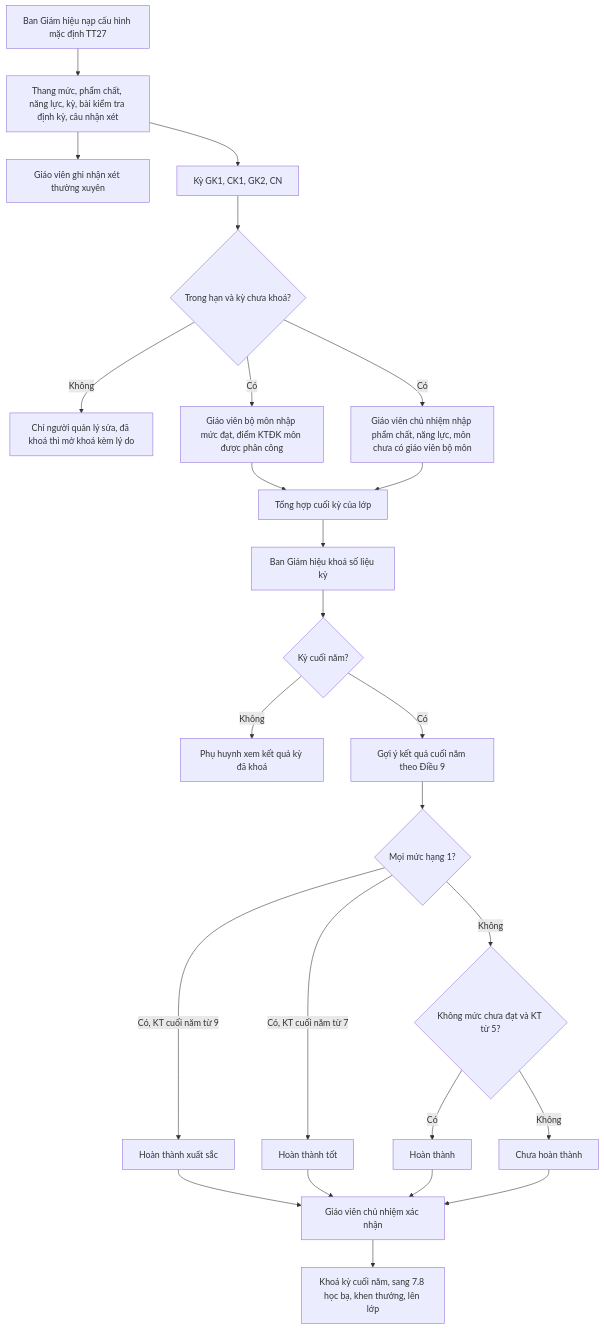
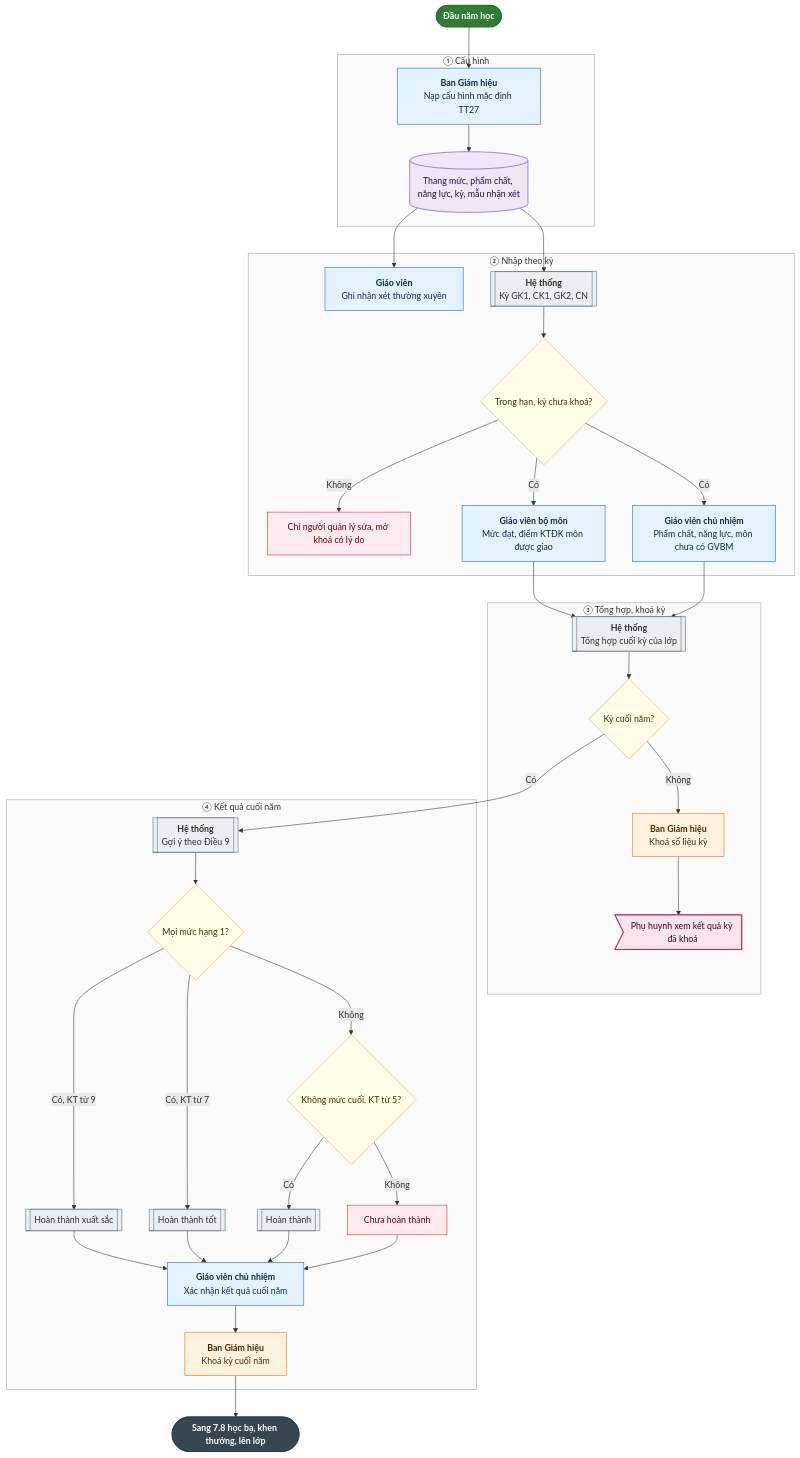
The seventh of 17 diagrams in tai_lieu/34_TONG_HOP_CHUC_NANG_HE_THONG/03_DAY_HOC_VA_KIEM_TRA_DANH_GIA.md (luckyshopvn/school_management), drawn with Mermaid before and after one commit. The commit also changed other lines of this file and 8 other files, not shown here.

````diff
--- a/tai_lieu/34_TONG_HOP_CHUC_NANG_HE_THONG/03_DAY_HOC_VA_KIEM_TRA_DANH_GIA.md
+++ b/tai_lieu/34_TONG_HOP_CHUC_NANG_HE_THONG/03_DAY_HOC_VA_KIEM_TRA_DANH_GIA.md
@@ -441,27 +579,80 @@
 ```mermaid
 flowchart TD
-    A["Ban Giám hiệu nạp cấu hình mặc định TT27"] --> B["Thang mức, phẩm chất, năng lực, kỳ, bài kiểm tra định kỳ, câu nhận xét"]
-    B --> C["Giáo viên ghi nhận xét thường xuyên"]
-    B --> D["Kỳ GK1, CK1, GK2, CN"]
-    D --> E{"Trong hạn và kỳ chưa khoá?"}
-    E -->|"Không"| F["Chỉ người quản lý sửa, đã khoá thì mở khoá kèm lý do"]
-    E -->|"Có"| G["Giáo viên bộ môn nhập mức đạt, điểm KTĐK môn được phân công"]
-    E -->|"Có"| H["Giáo viên chủ nhiệm nhập phẩm chất, năng lực, môn chưa có giáo viên bộ môn"]
-    G --> I["Tổng hợp cuối kỳ của lớp"]
-    H --> I
-    I --> J["Ban Giám hiệu khoá số liệu kỳ"]
-    J --> K{"Kỳ cuối năm?"}
-    K -->|"Không"| L["Phụ huynh xem kết quả kỳ đã khoá"]
-    K -->|"Có"| M["Gợi ý kết quả cuối năm theo Điều 9"]
-    M --> N{"Mọi mức hạng 1?"}
-    N -->|"Có, KT cuối năm từ 9"| O["Hoàn thành xuất sắc"]
-    N -->|"Có, KT cuối năm từ 7"| P["Hoàn thành tốt"]
-    N -->|"Không"| Q{"Không mức chưa đạt và KT từ 5?"}
-    Q -->|"Có"| R["Hoàn thành"]
-    Q -->|"Không"| S["Chưa hoàn thành"]
-    O --> T["Giáo viên chủ nhiệm xác nhận"]
-    P --> T
-    R --> T
-    S --> T
-    T --> U["Khoá kỳ cuối năm, sang 7.8 học bạ, khen thưởng, lên lớp"]
+  classDef batdau fill:#2e7d32,stroke:#1b5e20,color:#ffffff,font-weight:bold
+  classDef ketthuc fill:#37474f,stroke:#263238,color:#ffffff,font-weight:bold
+  classDef nguoi fill:#e3f2fd,stroke:#1565c0,color:#0d2a4a
+  classDef heth fill:#eceff1,stroke:#546e7a,color:#263238
+  classDef duyet fill:#fff3e0,stroke:#ef6c00,color:#4e2600
+  classDef hoi fill:#fffde7,stroke:#f9a825,color:#3e2f00
+  classDef bao fill:#fce4ec,stroke:#ad1457,color:#4a0020
+  classDef chan fill:#ffebee,stroke:#c62828,color:#5f0000
+  classDef dulieu fill:#ede7f6,stroke:#5e35b1,color:#1f0f4d
+
+  S(["Đầu năm học"]):::batdau
+
+  subgraph P1["① Cấu hình"]
+    A1["<b>Ban Giám hiệu</b><br/>Nạp cấu hình mặc định TT27"]:::nguoi
+    A2[("Thang mức, phẩm chất, năng lực, kỳ, mẫu nhận xét")]:::dulieu
+    A1 --> A2
+  end
+
+  subgraph P2["② Nhập theo kỳ"]
+    B0["<b>Giáo viên</b><br/>Ghi nhận xét thường xuyên"]:::nguoi
+    B1[["<b>Hệ thống</b><br/>Kỳ GK1, CK1, GK2, CN"]]:::heth
+    B2{"Trong hạn, kỳ chưa khoá?"}:::hoi
+    B3["Chỉ người quản lý sửa, mở khoá có lý do"]:::chan
+    B4["<b>Giáo viên bộ môn</b><br/>Mức đạt, điểm KTĐK môn được giao"]:::nguoi
+    B5["<b>Giáo viên chủ nhiệm</b><br/>Phẩm chất, năng lực, môn chưa có GVBM"]:::nguoi
+    B1 --> B2
+    B2 -->|"Không"| B3
+    B2 -->|"Có"| B4
+    B2 -->|"Có"| B5
+  end
+
+  subgraph P3["③ Tổng hợp, khoá kỳ"]
+    C1[["<b>Hệ thống</b><br/>Tổng hợp cuối kỳ của lớp"]]:::heth
+    C2{"Kỳ cuối năm?"}:::hoi
+    C3["<b>Ban Giám hiệu</b><br/>Khoá số liệu kỳ"]:::duyet
+    C4>"Phụ huynh xem kết quả kỳ đã khoá"]:::bao
+    C1 --> C2
+    C2 -->|"Không"| C3 --> C4
+  end
+
+  subgraph P4["④ Kết quả cuối năm"]
+    D1[["<b>Hệ thống</b><br/>Gợi ý theo Điều 9"]]:::heth
+    D2{"Mọi mức hạng 1?"}:::hoi
+    D3{"Không mức cuối, KT từ 5?"}:::hoi
+    R1[["Hoàn thành xuất sắc"]]:::heth
+    R2[["Hoàn thành tốt"]]:::heth
+    R3[["Hoàn thành"]]:::heth
+    R4["Chưa hoàn thành"]:::chan
+    D4["<b>Giáo viên chủ nhiệm</b><br/>Xác nhận kết quả cuối năm"]:::nguoi
+    D5["<b>Ban Giám hiệu</b><br/>Khoá kỳ cuối năm"]:::duyet
+    D1 --> D2
+    D2 -->|"Có, KT từ 9"| R1
+    D2 -->|"Có, KT từ 7"| R2
+    D2 -->|"Không"| D3
+    D3 -->|"Có"| R3
+    D3 -->|"Không"| R4
+    R1 --> D4
+    R2 --> D4
+    R3 --> D4
+    R4 --> D4
+    D4 --> D5
+  end
+
+  K(["Sang 7.8 học bạ, khen thưởng, lên lớp"]):::ketthuc
+
+  S --> A1
+  A2 --> B0
+  A2 --> B1
+  B4 --> C1
+  B5 --> C1
+  C2 -->|"Có"| D1
+  D5 --> K
+
+  style P1 fill:#fafafa,stroke:#90a4ae
+  style P2 fill:#fafafa,stroke:#90a4ae
+  style P3 fill:#fafafa,stroke:#90a4ae
+  style P4 fill:#fafafa,stroke:#90a4ae
 ```
````
